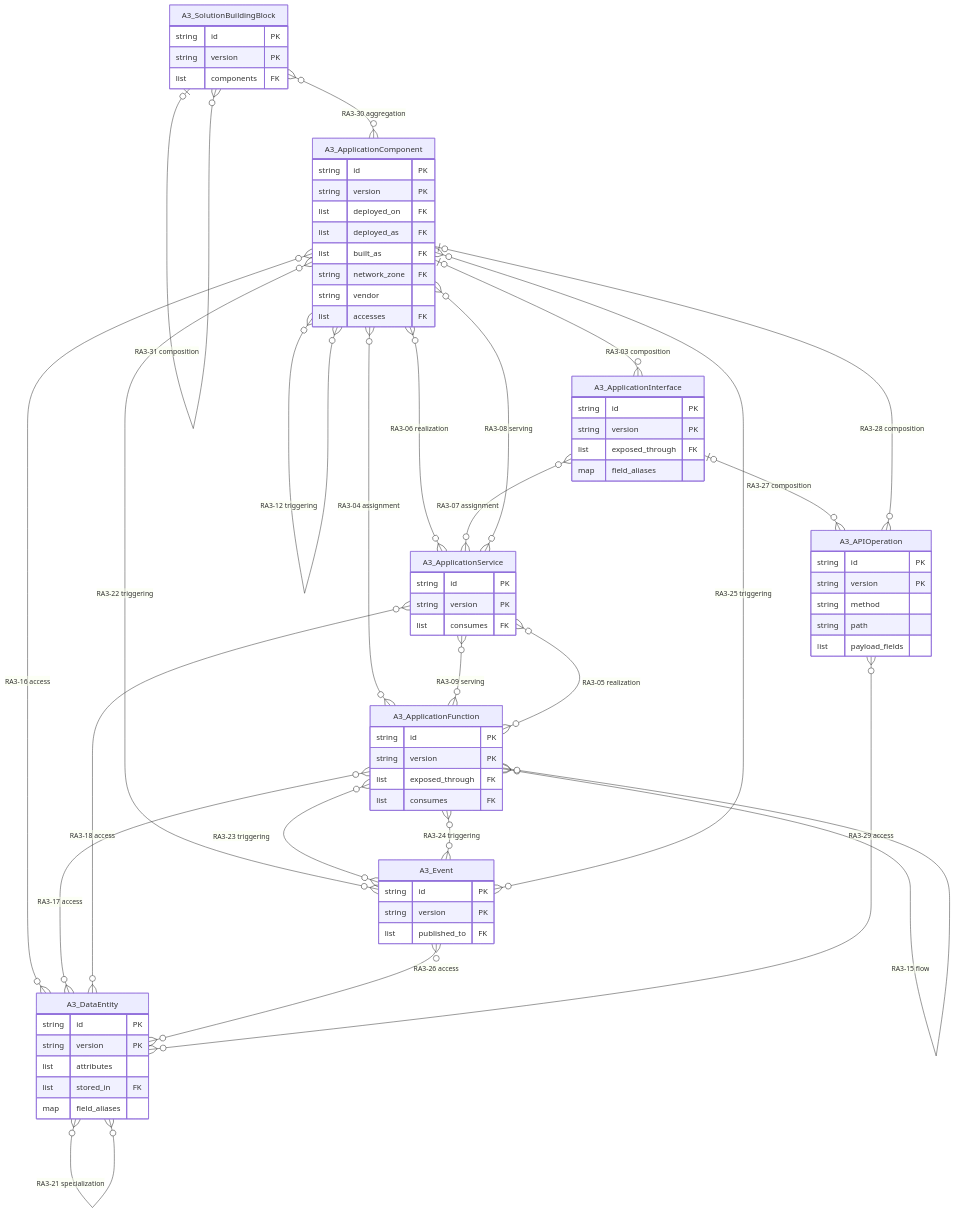
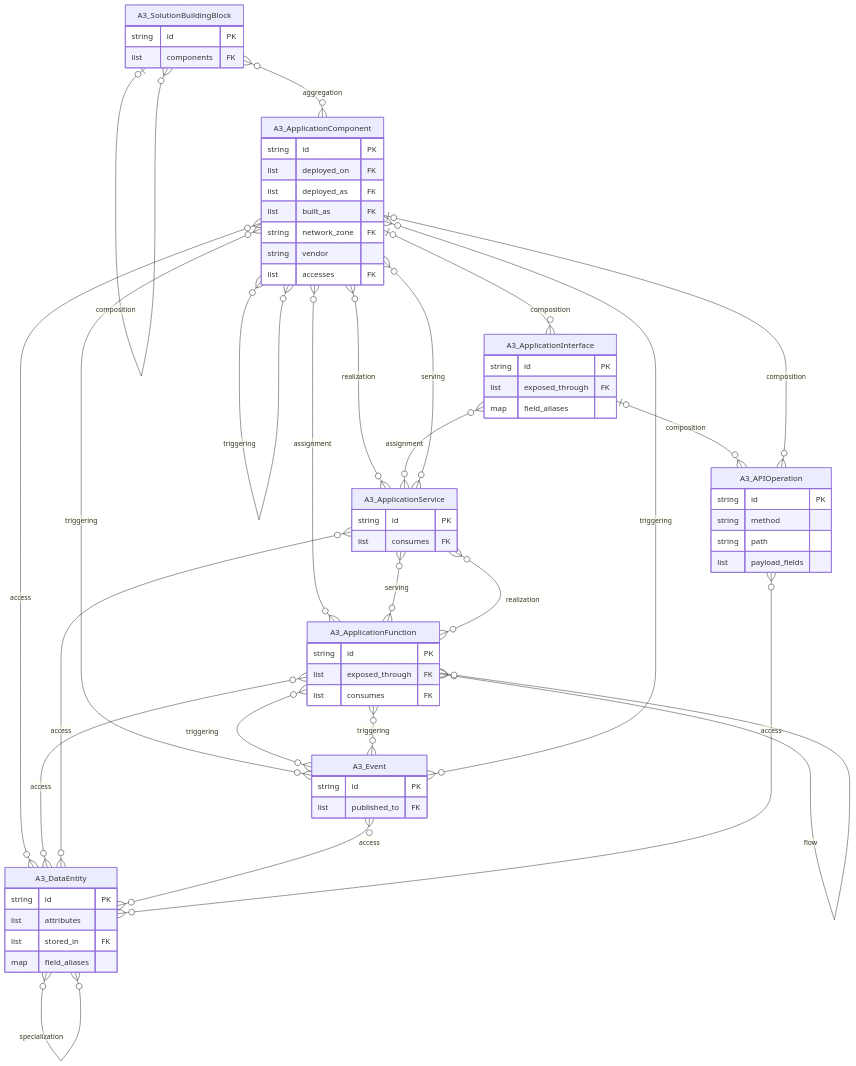
One commit to taumoeps/bian-sdem-framework changed the third of 4 diagrams in docs/logical-data-model.md. Above: the diagram before and after it, drawn with Mermaid. The commit also changed other lines of this file and 2 other files, not shown here.

Commit message:
docs/logical-data-model.md restructured as a data model: one section per architecture, one card per entity (what it is, identified by, fields, links with counts), diagram per architecture; rules, conformance and decision bases moved to appendices

````diff
--- a/docs/logical-data-model.md
+++ b/docs/logical-data-model.md
@@ -411,7 +754,6 @@
 erDiagram
     A3_ApplicationComponent {
         string id PK
-        string version PK
         list deployed_on FK
         list deployed_as FK
         list built_as FK
@@ -421,74 +763,67 @@
     }
     A3_ApplicationService {
         string id PK
-        string version PK
         list consumes FK
     }
     A3_ApplicationInterface {
         string id PK
-        string version PK
         list exposed_through FK
         map field_aliases
     }
     A3_ApplicationFunction {
         string id PK
-        string version PK
         list exposed_through FK
         list consumes FK
     }
     A3_APIOperation {
         string id PK
-        string version PK
         string method
         string path
         list payload_fields
     }
     A3_DataEntity {
         string id PK
-        string version PK
         list attributes
         list stored_in FK
         map field_aliases
     }
     A3_Event {
         string id PK
-        string version PK
         list published_to FK
     }
     A3_SolutionBuildingBlock {
         string id PK
-        string version PK
         list components FK
     }
-    A3_ApplicationComponent |o--o{ A3_ApplicationComponent : "RA3-01 composition"
-    A3_ApplicationComponent }o--o{ A3_ApplicationComponent : "RA3-02 aggregation"
-    A3_ApplicationComponent |o--o{ A3_ApplicationInterface : "RA3-03 composition"
-    A3_ApplicationComponent }o--o{ A3_ApplicationFunction : "RA3-04 assignment"
-    A3_ApplicationFunction }o--o{ A3_ApplicationService : "RA3-05 realization"
-    A3_ApplicationComponent }o--o{ A3_ApplicationService : "RA3-06 realization"
-    A3_ApplicationInterface }o--o{ A3_ApplicationService : "RA3-07 assignment"
-    A3_ApplicationService }o--o{ A3_ApplicationComponent : "RA3-08 serving"
-    A3_ApplicationService }o--o{ A3_ApplicationFunction : "RA3-09 serving"
-    A3_ApplicationComponent }o--o{ A3_ApplicationComponent : "RA3-10 flow"
-    A3_ApplicationComponent }o--o{ A3_ApplicationComponent : "RA3-11 serving"
-    A3_ApplicationComponent }o--o{ A3_ApplicationComponent : "RA3-12 triggering"
-    A3_ApplicationFunction |o--o{ A3_ApplicationFunction : "RA3-13 composition"
-    A3_ApplicationFunction }o--o{ A3_ApplicationFunction : "RA3-14 triggering"
-    A3_ApplicationFunction }o--o{ A3_ApplicationFunction : "RA3-15 flow"
-    A3_ApplicationComponent }o--o{ A3_DataEntity : "RA3-16 access"
-    A3_ApplicationFunction }o--o{ A3_DataEntity : "RA3-17 access"
-    A3_ApplicationService }o--o{ A3_DataEntity : "RA3-18 access"
-    A3_DataEntity |o--o{ A3_DataEntity : "RA3-19 composition"
-    A3_DataEntity }o--o{ A3_DataEntity : "RA3-20 aggregation"
-    A3_DataEntity }o--o{ A3_DataEntity : "RA3-21 specialization"
-    A3_ApplicationComponent }o--o{ A3_Event : "RA3-22 triggering"
-    A3_ApplicationFunction }o--o{ A3_Event : "RA3-23 triggering"
-    A3_Event }o--o{ A3_ApplicationFunction : "RA3-24 triggering"
-    A3_Event }o--o{ A3_ApplicationComponent : "RA3-25 triggering"
-    A3_Event }o--o{ A3_DataEntity : "RA3-26 access"
-    A3_ApplicationInterface |o--o{ A3_APIOperation : "RA3-27 composition"
-    A3_ApplicationComponent |o--o{ A3_APIOperation : "RA3-28 composition"
-    A3_APIOperation }o--o{ A3_DataEntity : "RA3-29 access"
-    A3_SolutionBuildingBlock }o--o{ A3_ApplicationComponent : "RA3-30 aggregation"
-    A3_SolutionBuildingBlock |o--o{ A3_SolutionBuildingBlock : "RA3-31 composition"
+    A3_ApplicationComponent |o--o{ A3_ApplicationComponent : "composition"
+    A3_ApplicationComponent }o--o{ A3_ApplicationComponent : "aggregation"
+    A3_ApplicationComponent |o--o{ A3_ApplicationInterface : "composition"
+    A3_ApplicationComponent }o--o{ A3_ApplicationFunction : "assignment"
+    A3_ApplicationFunction }o--o{ A3_ApplicationService : "realization"
+    A3_ApplicationComponent }o--o{ A3_ApplicationService : "realization"
+    A3_ApplicationInterface }o--o{ A3_ApplicationService : "assignment"
+    A3_ApplicationService }o--o{ A3_ApplicationComponent : "serving"
+    A3_ApplicationService }o--o{ A3_ApplicationFunction : "serving"
+    A3_ApplicationComponent }o--o{ A3_ApplicationComponent : "flow"
+    A3_ApplicationComponent }o--o{ A3_ApplicationComponent : "serving"
+    A3_ApplicationComponent }o--o{ A3_ApplicationComponent : "triggering"
+    A3_ApplicationFunction |o--o{ A3_ApplicationFunction : "composition"
+    A3_ApplicationFunction }o--o{ A3_ApplicationFunction : "triggering"
+    A3_ApplicationFunction }o--o{ A3_ApplicationFunction : "flow"
+    A3_ApplicationComponent }o--o{ A3_DataEntity : "access"
+    A3_ApplicationFunction }o--o{ A3_DataEntity : "access"
+    A3_ApplicationService }o--o{ A3_DataEntity : "access"
+    A3_DataEntity |o--o{ A3_DataEntity : "composition"
+    A3_DataEntity }o--o{ A3_DataEntity : "aggregation"
+    A3_DataEntity }o--o{ A3_DataEntity : "specialization"
+    A3_ApplicationComponent }o--o{ A3_Event : "triggering"
+    A3_ApplicationFunction }o--o{ A3_Event : "triggering"
+    A3_Event }o--o{ A3_ApplicationFunction : "triggering"
+    A3_Event }o--o{ A3_ApplicationComponent : "triggering"
+    A3_Event }o--o{ A3_DataEntity : "access"
+    A3_ApplicationInterface |o--o{ A3_APIOperation : "composition"
+    A3_ApplicationComponent |o--o{ A3_APIOperation : "composition"
+    A3_APIOperation }o--o{ A3_DataEntity : "access"
+    A3_SolutionBuildingBlock }o--o{ A3_ApplicationComponent : "aggregation"
+    A3_SolutionBuildingBlock |o--o{ A3_SolutionBuildingBlock : "composition"
 ```
````
